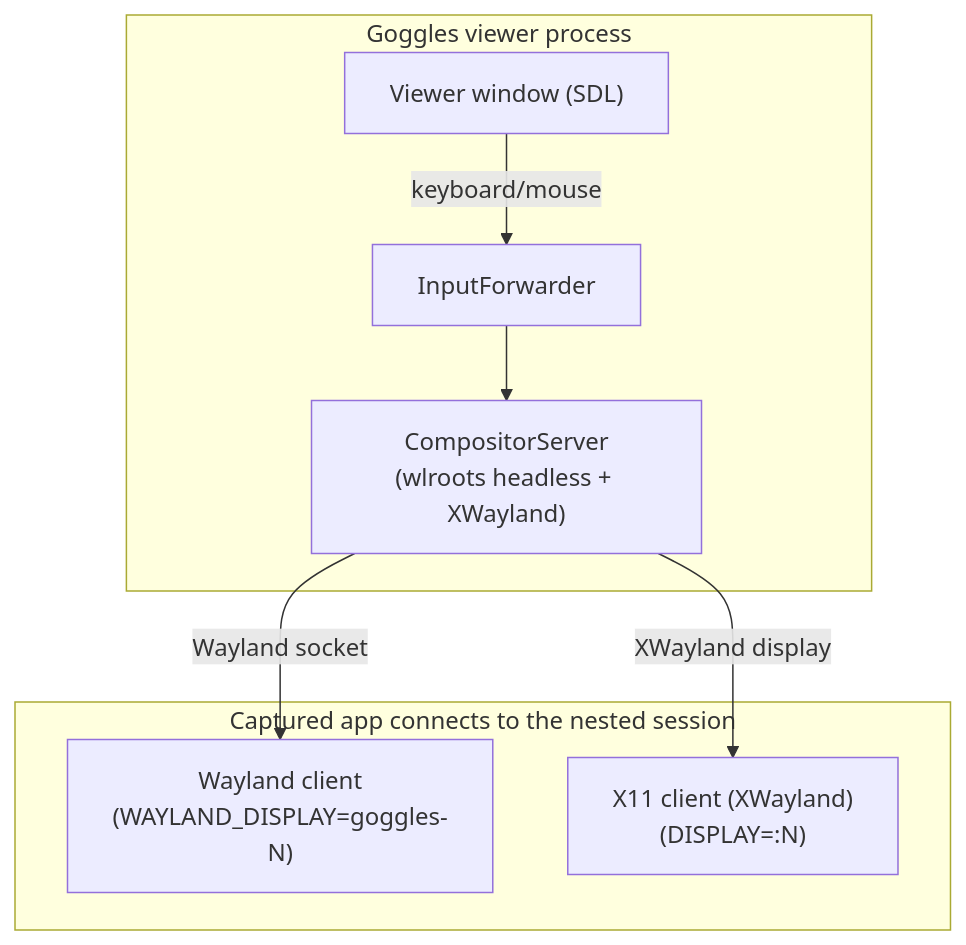
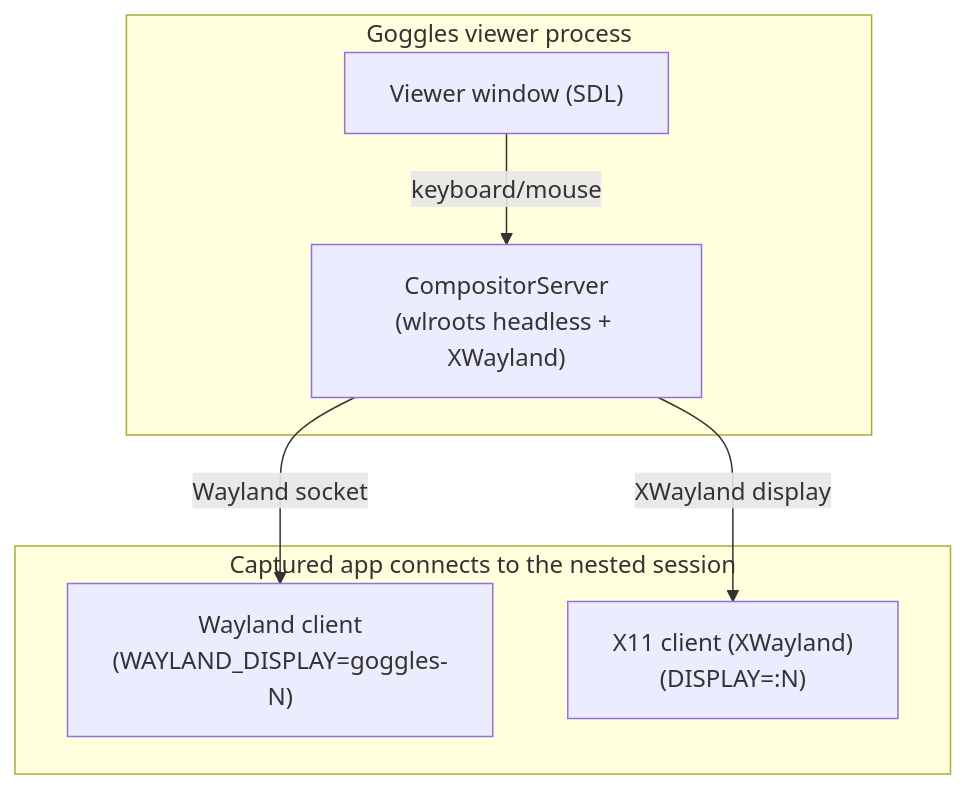
The first of 2 diagrams in docs/input_forwarding.md (K1ngst0m/Goggles), drawn with Mermaid before and after one commit. The commit also changed other lines of this file and 22 other files, not shown here.

First line of the commit message:
feat(input): move input forwarding into compositor subsystem (#70)

````diff
--- a/docs/input_forwarding.md
+++ b/docs/input_forwarding.md
@@ -19,17 +19,16 @@
 ```mermaid
 flowchart TB
   subgraph Goggles["Goggles viewer process"]
     SDL["Viewer window (SDL)"]
-    Forwarder["InputForwarder"]
-    Wlroots["CompositorServer<br/>(wlroots headless + XWayland)"]
-    SDL -->|"keyboard/mouse"| Forwarder --> Wlroots
+    Compositor["CompositorServer<br/>(wlroots headless + XWayland)"]
+    SDL -->|"keyboard/mouse"| Compositor
   end
 
   subgraph Clients["Captured app connects to the nested session"]
     WaylandClient["Wayland client<br/>(WAYLAND_DISPLAY=goggles-N)"]
     X11Client["X11 client (XWayland)<br/>(DISPLAY=:N)"]
   end
 
-  Wlroots -->|"Wayland socket"| WaylandClient
-  Wlroots -->|"XWayland display"| X11Client
+  Compositor -->|"Wayland socket"| WaylandClient
+  Compositor -->|"XWayland display"| X11Client
 ```
````
